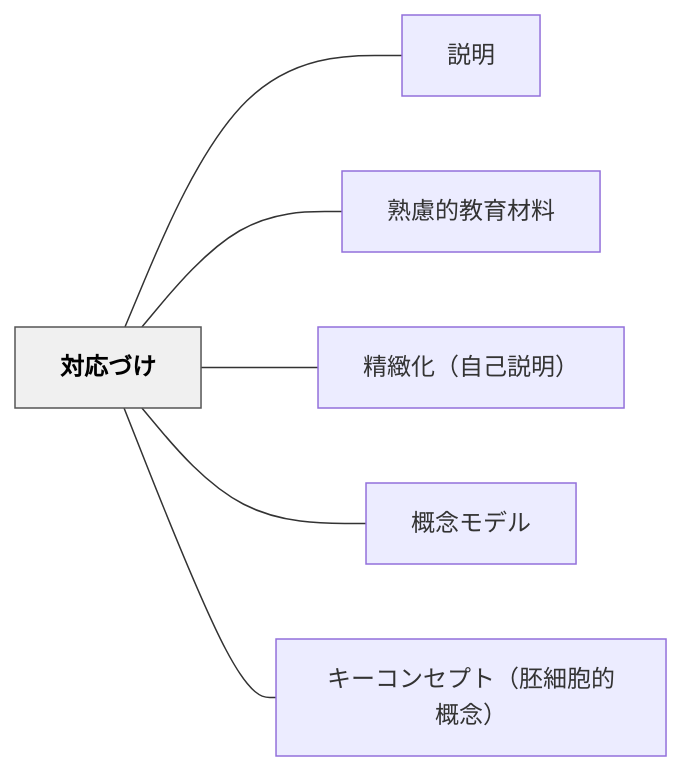
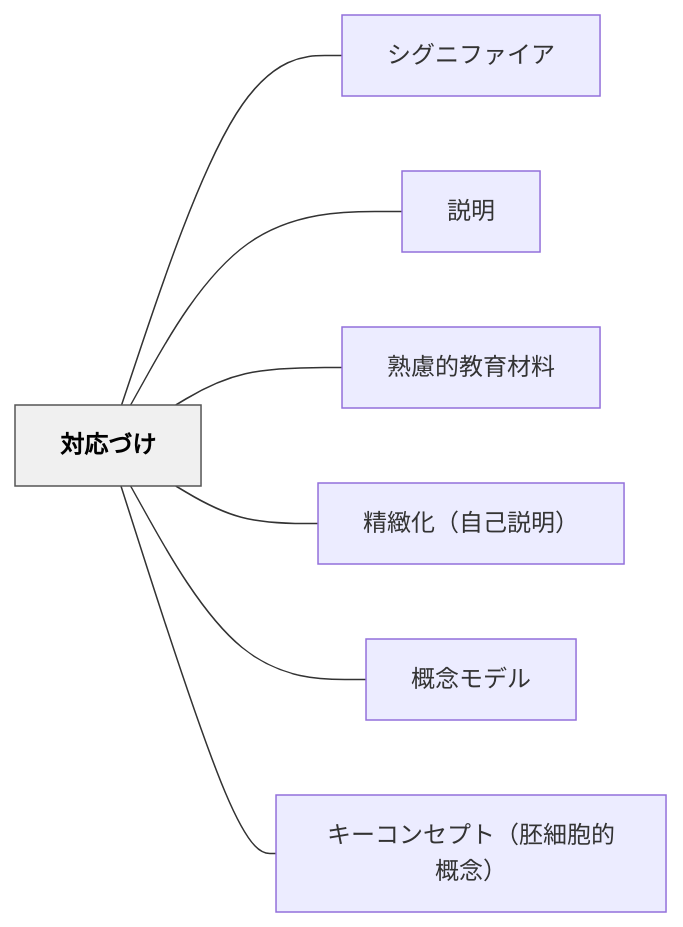
One commit to unknownthings-ed-patterns/unknownthings-ed-patterns changed the diagram in content/パタン/対応づけ.md. Above: the diagram before and after it, drawn with Mermaid. The commit also changed other lines of this file and 100 other files, not shown here.

````diff
--- a/content/パタン/対応づけ.md
+++ b/content/パタン/対応づけ.md
@@ -46,18 +47,20 @@
 ```mermaid
 flowchart LR
     ne5afbee5bf9ce381a5e38191["対応づけ"]
+    ne382b7e382b0e3838be38395e382a1e382a4e382a2["シグニファイア"]
     ne8aaace6988e["説明"]
     ne7869fe685aee79a84e69599e882b2e69d90e69699["熟慮的教育材料"]
     ne7b2bee7b7bbe58c96efbc88e887aae5b7b1e8aaace6988eefbc89["精緻化（自己説明）"]
     ne6a682e5bfb5e383a2e38387e383ab["概念モデル"]
     ne382ade383bce382b3e383b3e382bbe38397e38388efbc88e8839ae7b4b0e8839ee79a84e6a682e5bfb5efbc89["キーコンセプト（胚細胞的概念）"]
 
+    ne5afbee5bf9ce381a5e38191 --- ne382b7e382b0e3838be38395e382a1e382a4e382a2
     ne5afbee5bf9ce381a5e38191 --- ne8aaace6988e
     ne5afbee5bf9ce381a5e38191 --- ne7869fe685aee79a84e69599e882b2e69d90e69699
     ne5afbee5bf9ce381a5e38191 --- ne7b2bee7b7bbe58c96efbc88e887aae5b7b1e8aaace6988eefbc89
     ne5afbee5bf9ce381a5e38191 --- ne6a682e5bfb5e383a2e38387e383ab
     ne5afbee5bf9ce381a5e38191 --- ne382ade383bce382b3e383b3e382bbe38397e38388efbc88e8839ae7b4b0e8839ee79a84e6a682e5bfb5efbc89
 
     classDef hub fill:#f0f0f0,stroke:#555,color:#000,font-weight:bold
     class ne5afbee5bf9ce381a5e38191 hub
 ```
````
